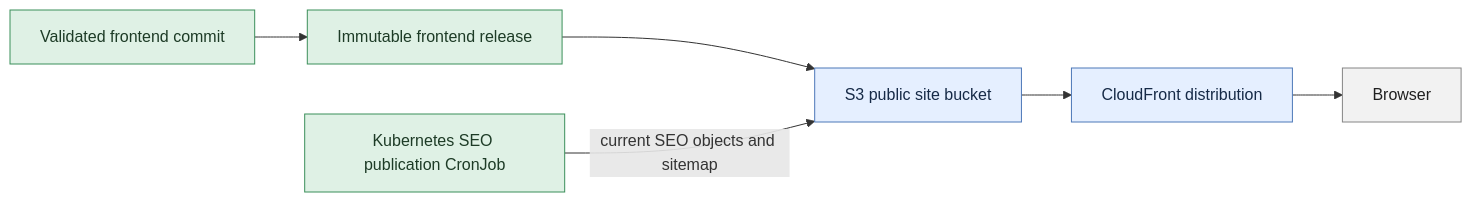
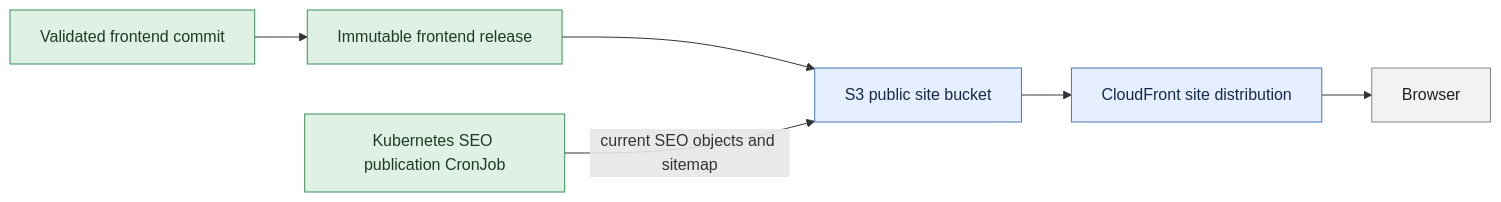
One commit to winrates-gg/wrgg-public-documentation changed the second of 3 diagrams in docs/frontend-delivery.md. Above: the diagram before and after it, drawn with Mermaid. The commit also changed other lines of this file and 1 other file, not shown here.

````diff
--- a/docs/frontend-delivery.md
+++ b/docs/frontend-delivery.md
@@ -105,22 +115,22 @@
 ```mermaid
 flowchart LR
     Commit[Validated frontend commit]
     Release[Immutable frontend release]
     S3[S3 public site bucket]
-    CDN[CloudFront distribution]
+    CDN[CloudFront site distribution]
     Browser[Browser]
     SEO[Kubernetes SEO publication CronJob]
 
     Commit --> Release
     Release --> S3
     S3 --> CDN
     CDN --> Browser
     SEO -->|current SEO objects and sitemap| S3
 
     classDef user fill:#f2f2f2,stroke:#858585,color:#202020
     classDef backend fill:#dff1e5,stroke:#3b8f5a,color:#1d3b26
     classDef aws fill:#e5efff,stroke:#4c78b8,color:#162a47
     class Browser user
     class Commit,Release,SEO backend
     class S3,CDN aws
 ```
````
